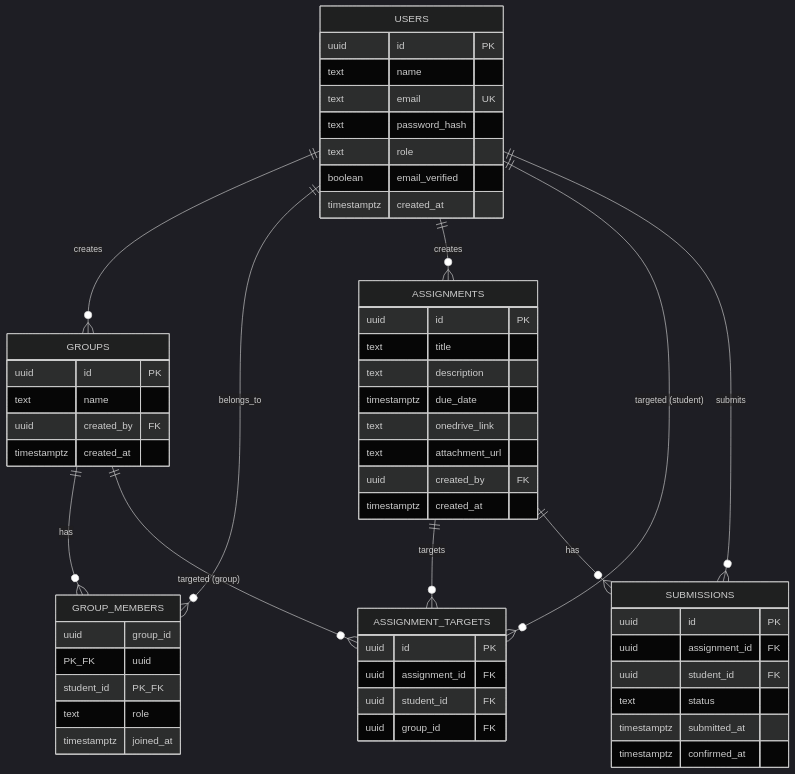
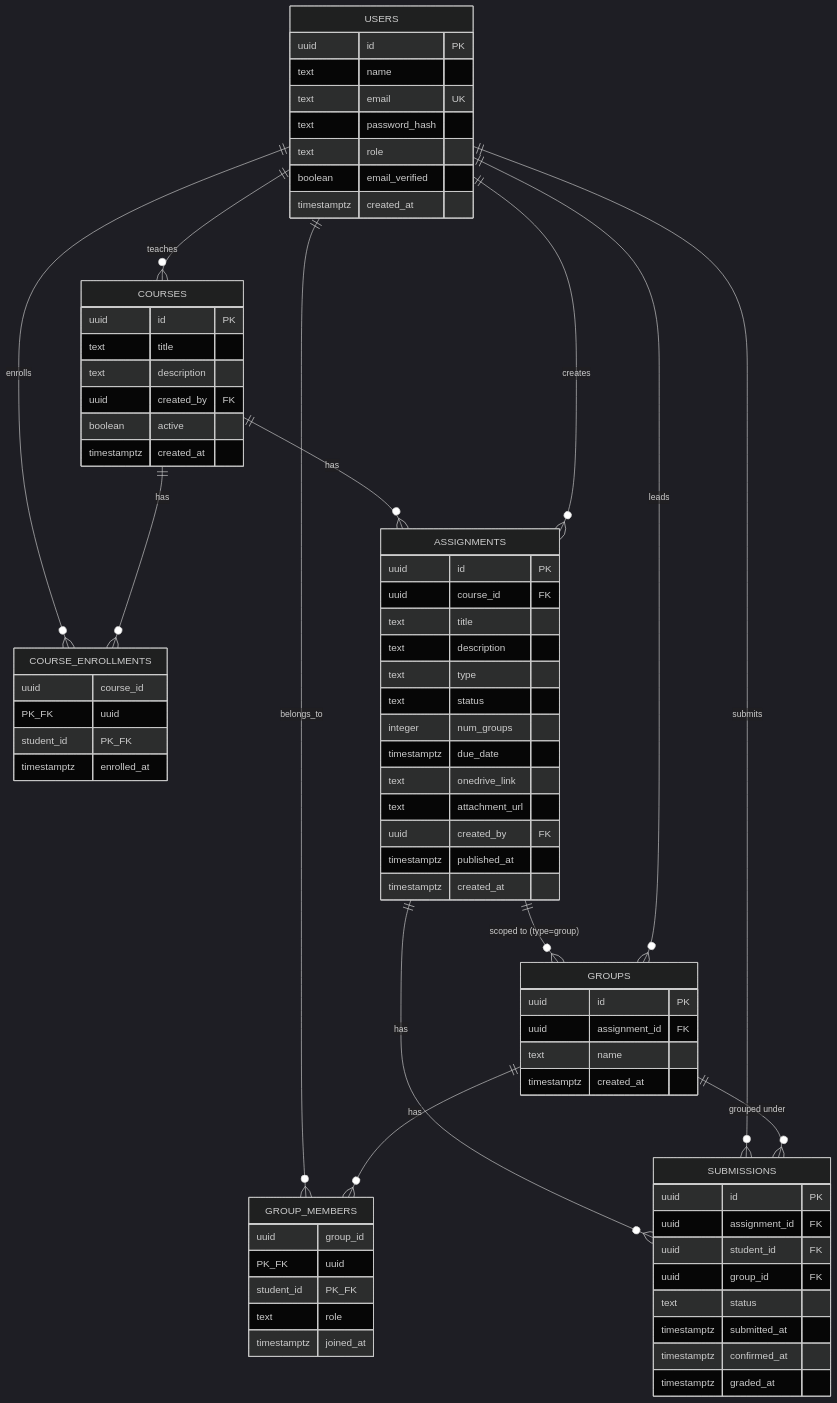
One commit to nahor-28/task-1 changed the diagram in docs/schema.md. Above: the diagram before and after it, drawn with Mermaid (dark theme). The commit also changed other lines of this file and 2 other files, not shown here.

First line of the commit message:
docs: redesign schema and flows for course-centric model

````diff
--- a/docs/schema.md
+++ b/docs/schema.md
@@ -7,58 +7,75 @@
 ```mermaid
 erDiagram
-    USERS ||--o{ GROUPS : creates
+    USERS ||--o{ COURSES : teaches
+    USERS ||--o{ COURSE_ENROLLMENTS : enrolls
+    COURSES ||--o{ COURSE_ENROLLMENTS : has
+    COURSES ||--o{ ASSIGNMENTS : has
+    USERS ||--o{ ASSIGNMENTS : creates
+    ASSIGNMENTS ||--o{ GROUPS : "scoped to (type=group)"
+    USERS ||--o{ GROUPS : leads
     USERS ||--o{ GROUP_MEMBERS : belongs_to
     GROUPS ||--o{ GROUP_MEMBERS : has
-    USERS ||--o{ ASSIGNMENTS : creates
-    ASSIGNMENTS ||--o{ ASSIGNMENT_TARGETS : targets
-    USERS ||--o{ ASSIGNMENT_TARGETS : "targeted (student)"
-    GROUPS ||--o{ ASSIGNMENT_TARGETS : "targeted (group)"
     ASSIGNMENTS ||--o{ SUBMISSIONS : has
     USERS ||--o{ SUBMISSIONS : submits
+    GROUPS ||--o{ SUBMISSIONS : "grouped under"
 
     USERS {
         uuid id PK
         text name
         text email UK
         text password_hash
         text role
         boolean email_verified
         timestamptz created_at
     }
+    COURSES {
+        uuid id PK
+        text title
+        text description
+        uuid created_by FK
+        boolean active
+        timestamptz created_at
+    }
+    COURSE_ENROLLMENTS {
+        uuid course_id PK_FK
+        uuid student_id PK_FK
+        timestamptz enrolled_at
+    }
     GROUPS {
         uuid id PK
+        uuid assignment_id FK
         text name
-        uuid created_by FK
         timestamptz created_at
     }
     GROUP_MEMBERS {
         uuid group_id PK_FK
         uuid student_id PK_FK
         text role
         timestamptz joined_at
     }
     ASSIGNMENTS {
         uuid id PK
+        uuid course_id FK
         text title
         text description
+        text type
+        text status
+        integer num_groups
         timestamptz due_date
         text onedrive_link
         text attachment_url
         uuid created_by FK
+        timestamptz published_at
         timestamptz created_at
-    }
-    ASSIGNMENT_TARGETS {
-        uuid id PK
-        uuid assignment_id FK
-        uuid student_id FK
-        uuid group_id FK
     }
     SUBMISSIONS {
         uuid id PK
         uuid assignment_id FK
         uuid student_id FK
+        uuid group_id FK
         text status
         timestamptz submitted_at
         timestamptz confirmed_at
+        timestamptz graded_at
     }
 ```
````
